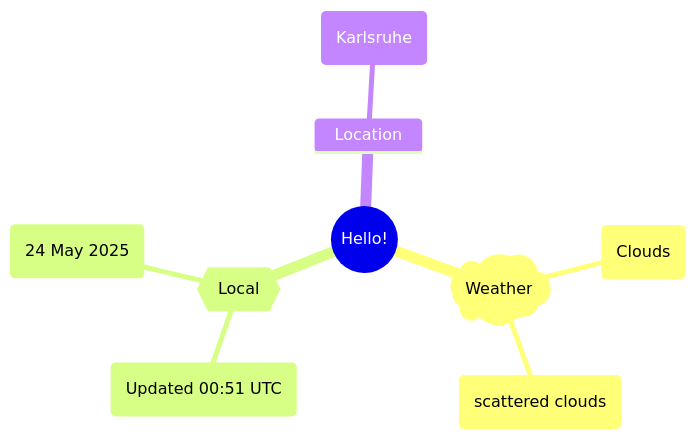
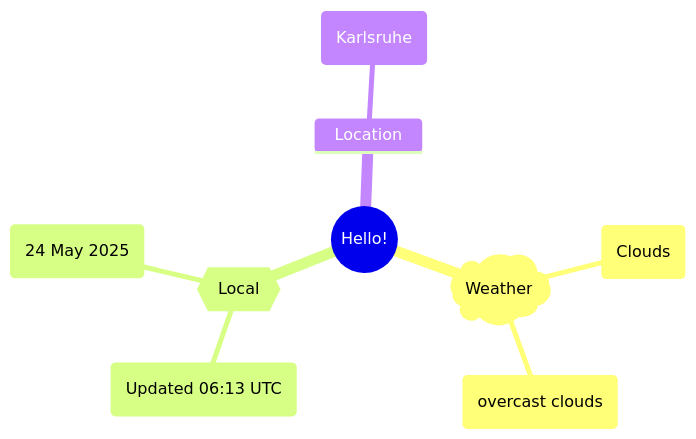
One commit to Xosrov/Xosrov changed the first of 2 diagrams in README.md. Above: the diagram before and after it, drawn with Mermaid.

Commit message:
[bot] updated images

````diff
--- a/README.md
+++ b/README.md
@@ -3,12 +3,12 @@
 ```mermaid
 mindmap
   root((Hello!))
     )Weather(
         (Clouds)
-        (scattered clouds)
+        (overcast clouds)
     {{Local}}
-        (Updated 00:51 UTC)
+        (Updated 06:13 UTC)
         (24 May 2025)
     Location
         (Karlsruhe)
 ```
````
